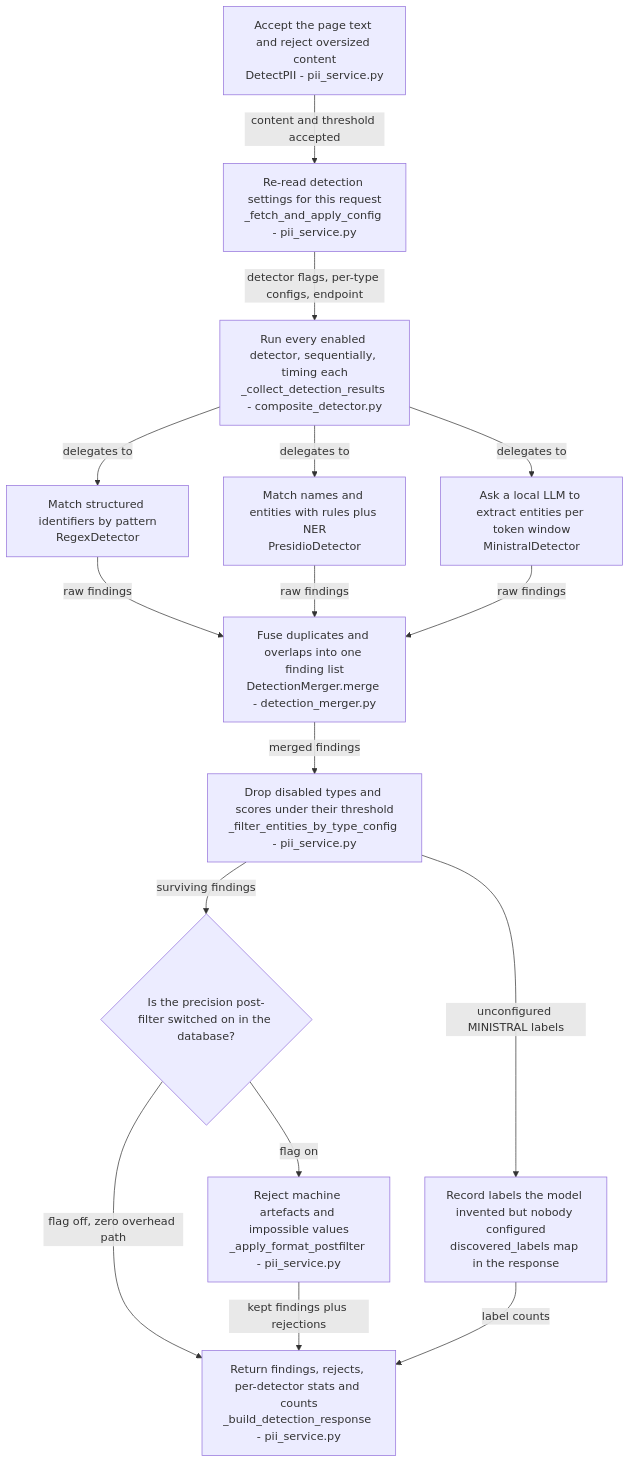
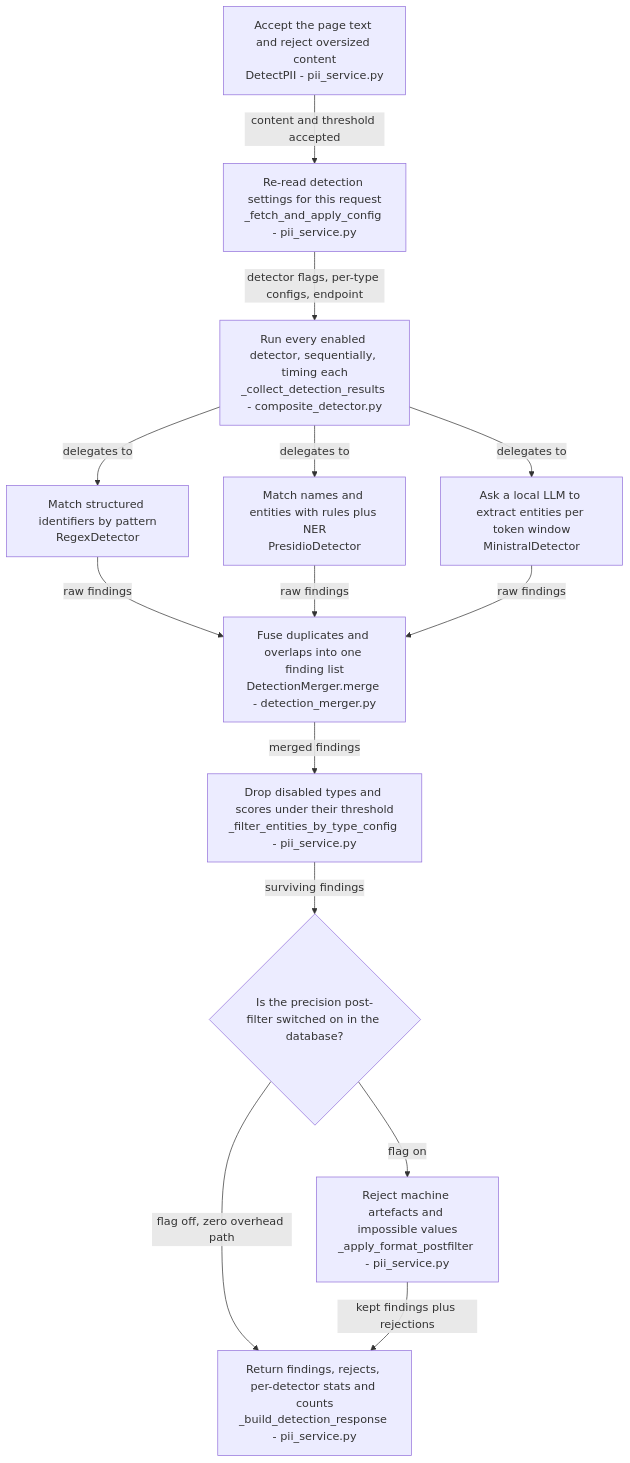
Before and after one commit to Softcom-Technologies-Organization/ai-sentinel: the diagram in openwiki/architecture/detection-pipeline.md, drawn with Mermaid. The commit also changed other lines of this file and 96 other files, not shown here.

````diff
--- a/openwiki/architecture/detection-pipeline.md
+++ b/openwiki/architecture/detection-pipeline.md
@@ -14,31 +14,28 @@
 ```mermaid
 flowchart TD
     A["Accept the page text and reject oversized content<br/>DetectPII - pii_service.py"]
     B["Re-read detection settings for this request<br/>_fetch_and_apply_config - pii_service.py"]
     C["Run every enabled detector, sequentially, timing each<br/>_collect_detection_results - composite_detector.py"]
     R["Match structured identifiers by pattern<br/>RegexDetector"]
     P["Match names and entities with rules plus NER<br/>PresidioDetector"]
     M["Ask a local LLM to extract entities per token window<br/>MinistralDetector"]
     D["Fuse duplicates and overlaps into one finding list<br/>DetectionMerger.merge - detection_merger.py"]
     E["Drop disabled types and scores under their threshold<br/>_filter_entities_by_type_config - pii_service.py"]
-    F["Record labels the model invented but nobody configured<br/>discovered_labels map in the response"]
     G{"Is the precision post-filter switched on in the database?"}
     H["Reject machine artefacts and impossible values<br/>_apply_format_postfilter - pii_service.py"]
     I["Return findings, rejects, per-detector stats and counts<br/>_build_detection_response - pii_service.py"]
 
     A -->|"content and threshold accepted"| B
     B -->|"detector flags, per-type configs, endpoint"| C
     C -->|"delegates to"| R
     C -->|"delegates to"| P
     C -->|"delegates to"| M
     R -->|"raw findings"| D
     P -->|"raw findings"| D
     M -->|"raw findings"| D
     D -->|"merged findings"| E
-    E -->|"unconfigured MINISTRAL labels"| F
     E -->|"surviving findings"| G
     G -->|"flag on"| H
     G -->|"flag off, zero overhead path"| I
     H -->|"kept findings plus rejections"| I
-    F -->|"label counts"| I
 ```
````
